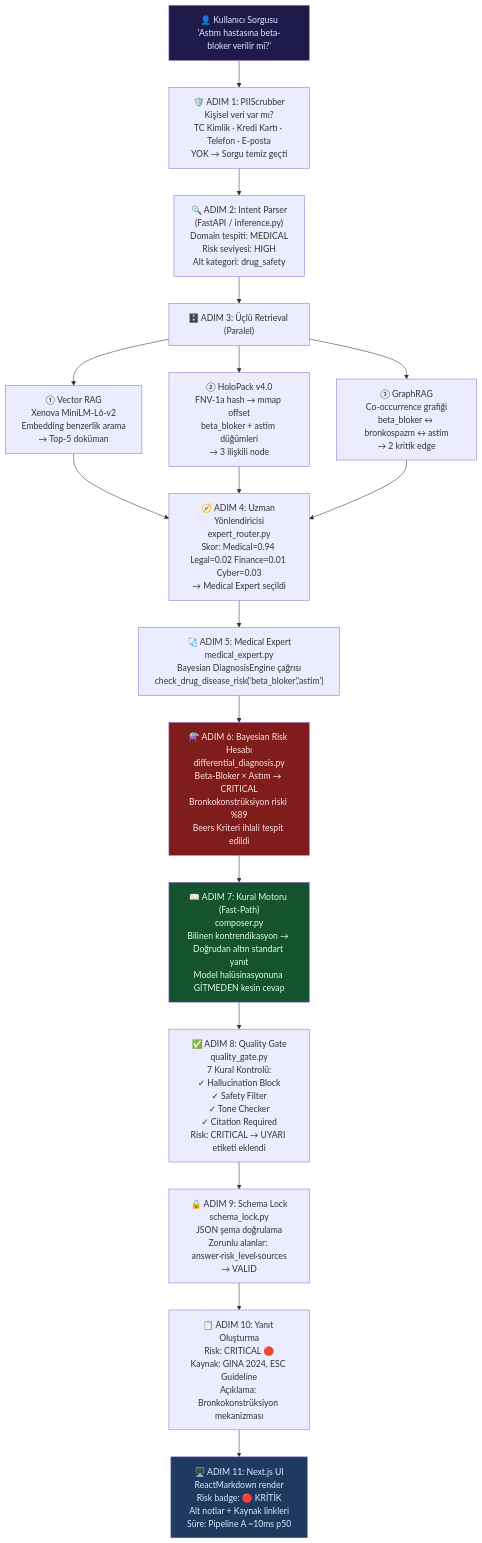
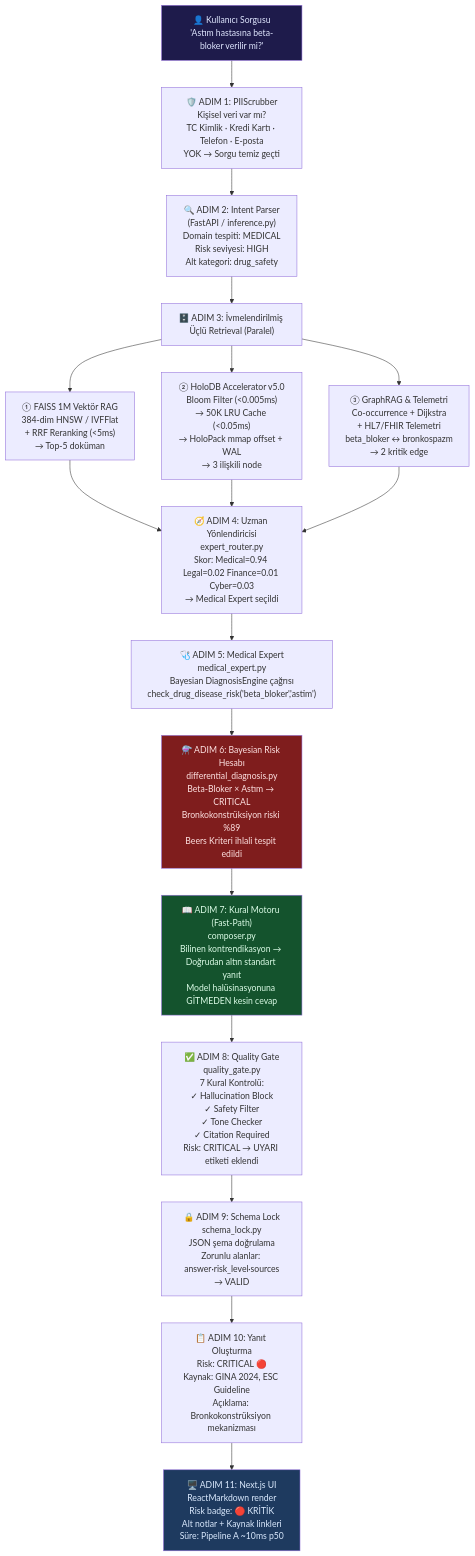
The diagram in README.md (sakipfikrret/OmniEngine), drawn with Mermaid before and after one commit. The commit also changed other lines of this file and 2 other files, not shown here.

````diff
--- a/README.md
+++ b/README.md
@@ -222,37 +222,37 @@
 ```mermaid
 flowchart TD
     A["👤 Kullanıcı Sorgusu\n'Astım hastasına beta-bloker verilir mi?'"]
 
     A --> B["🛡️ ADIM 1: PIIScrubber\nKişisel veri var mı?\nTC Kimlik · Kredi Kartı · Telefon · E-posta\nYOK → Sorgu temiz geçti"]
 
     B --> C["🔍 ADIM 2: Intent Parser\n(FastAPI / inference.py)\nDomain tespiti: MEDICAL\nRisk seviyesi: HIGH\nAlt kategori: drug_safety"]
 
-    C --> D["🗄️ ADIM 3: Üçlü Retrieval (Paralel)"]
+    C --> D["🗄️ ADIM 3: İvmelendirilmiş Üçlü Retrieval (Paralel)"]
 
-    D --> D1["① Vector RAG\nXenova MiniLM-L6-v2\nEmbedding benzerlik arama\n→ Top-5 doküman"]
-    D --> D2["② HoloPack v4.0\nFNV-1a hash → mmap offset\nbeta_bloker + astim düğümleri\n→ 3 ilişkili node"]
-    D --> D3["③ GraphRAG\nCo-occurrence grafiği\nbeta_bloker ↔ bronkospazm ↔ astim\n→ 2 kritik edge"]
+    D --> D1["① FAISS 1M Vektör RAG\n384-dim HNSW / IVFFlat\n+ RRF Reranking (<5ms)\n→ Top-5 doküman"]
+    D --> D2["② HoloDB Accelerator v5.0\nBloom Filter (<0.005ms)\n→ 50K LRU Cache (<0.05ms)\n→ HoloPack mmap offset + WAL\n→ 3 ilişkili node"]
+    D --> D3["③ GraphRAG & Telemetri\nCo-occurrence + Dijkstra\n+ HL7/FHIR Telemetri\nbeta_bloker ↔ bronkospazm\n→ 2 kritik edge"]
 
     D1 --> E["🧭 ADIM 4: Uzman Yönlendiricisi\nexpert_router.py\nSkor: Medical=0.94 Legal=0.02 Finance=0.01 Cyber=0.03\n→ Medical Expert seçildi"]
     D2 --> E
     D3 --> E
 
     E --> F["🩺 ADIM 5: Medical Expert\nmedical_expert.py\nBayesian DiagnosisEngine çağrısı\ncheck_drug_disease_risk('beta_bloker','astim')"]
 
     F --> G["⚗️ ADIM 6: Bayesian Risk Hesabı\ndifferential_diagnosis.py\nBeta-Bloker × Astım → CRITICAL\nBronkokonstrüksiyon riski %89\nBeers Kriteri ihlali tespit edildi"]
 
     G --> H["📖 ADIM 7: Kural Motoru (Fast-Path)\ncomposer.py\nBilinen kontrendikasyon → Doğrudan altın standart yanıt\nModel halüsinasyonuna GİTMEDEN kesin cevap"]
 
     H --> I["✅ ADIM 8: Quality Gate\nquality_gate.py\n7 Kural Kontrolü:\n✓ Hallucination Block\n✓ Safety Filter\n✓ Tone Checker\n✓ Citation Required\nRisk: CRITICAL → UYARI etiketi eklendi"]
 
     I --> J["🔒 ADIM 9: Schema Lock\nschema_lock.py\nJSON şema doğrulama\nZorunlu alanlar: answer·risk_level·sources\n→ VALID"]
 
     J --> K["📋 ADIM 10: Yanıt Oluşturma\nRisk: CRITICAL 🔴\nKaynak: GINA 2024, ESC Guideline\nAçıklama: Bronkokonstrüksiyon mekanizması"]
 
     K --> L["🖥️ ADIM 11: Next.js UI\nReactMarkdown render\nRisk badge: 🔴 KRİTİK\nAlt notlar + Kaynak linkleri\nSüre: Pipeline A ~10ms p50"]
 
     style A fill:#1e1b4b,color:#e0e7ff
     style G fill:#7f1d1d,color:#fee2e2
     style H fill:#14532d,color:#dcfce7
     style L fill:#1e3a5f,color:#dbeafe
 ```
````
